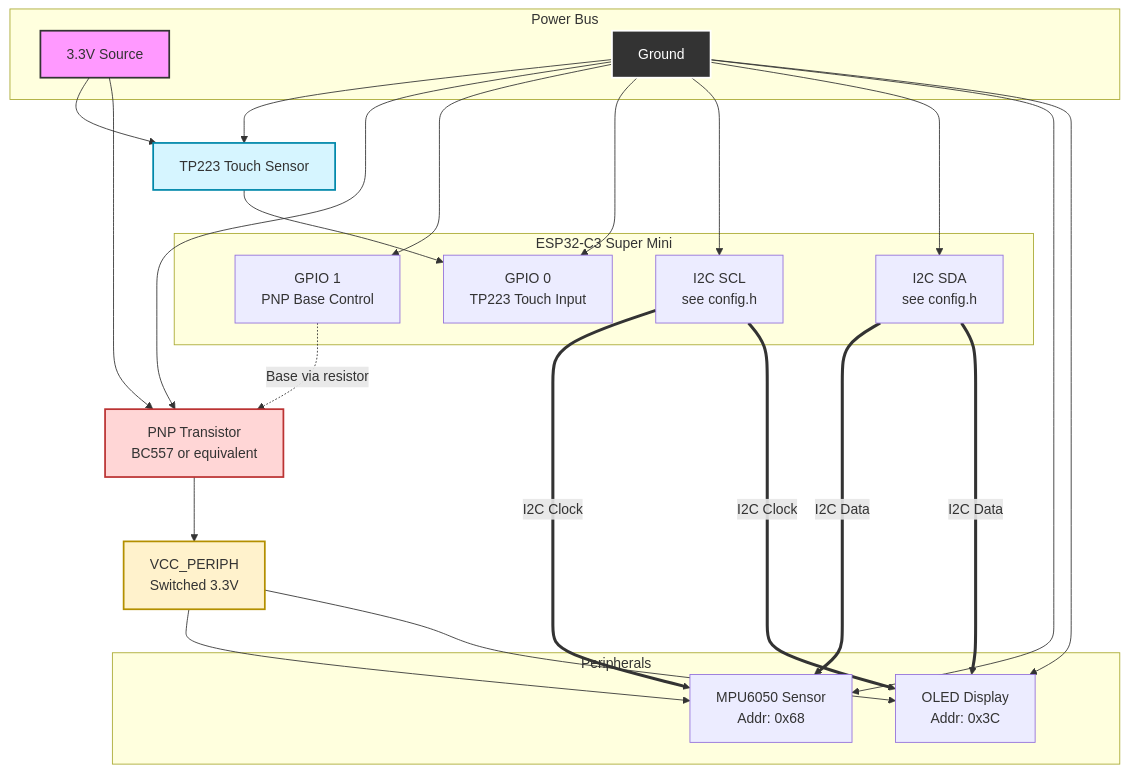
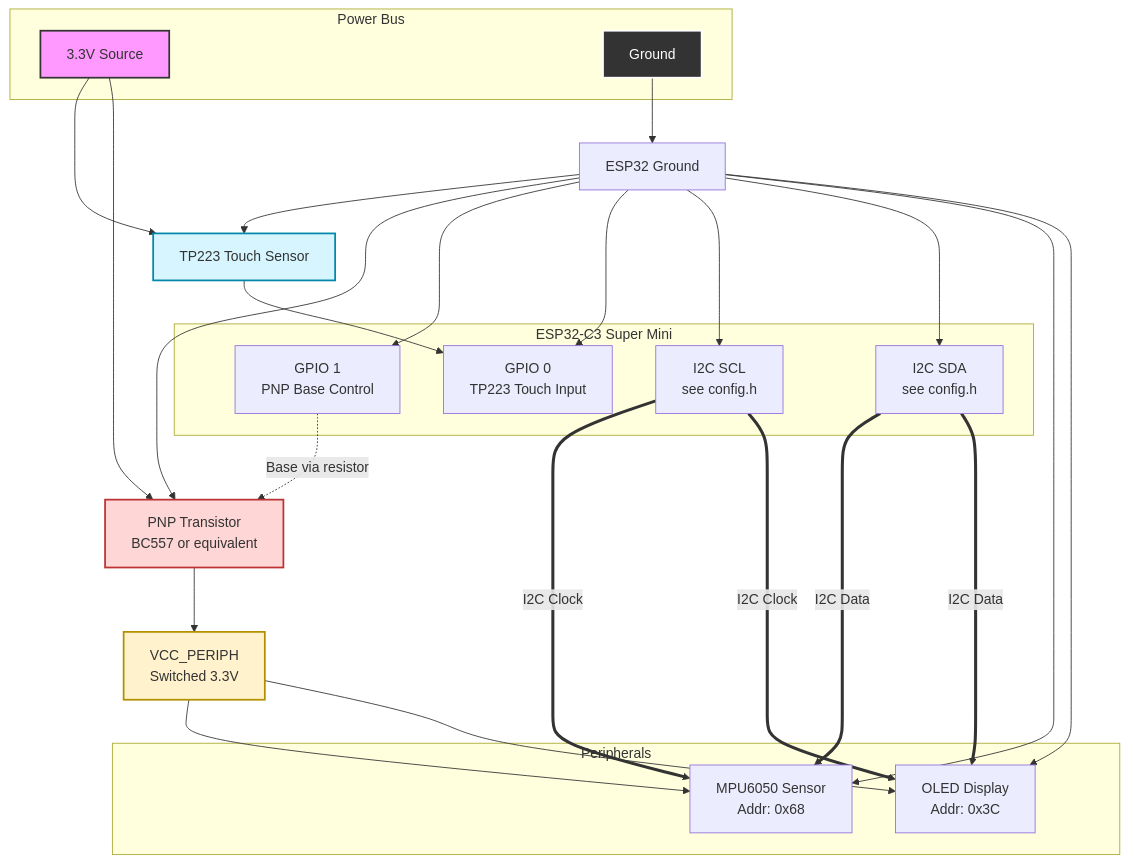
Before and after one commit to sanicxt/Leor: the first of 2 diagrams in README.md, drawn with Mermaid. The commit also changed other lines of this file, not shown here.

Commit message:
chore: update mermaid chart for the connection in the readme

````diff
--- a/README.md
+++ b/README.md
@@ -81,43 +81,46 @@
 ```mermaid
 graph TD
     subgraph Power Bus
       VCC[3.3V Source]
       GND[Ground]
     end
+
+    ESPGND[ESP32 Ground]
 
     subgraph ESP32-C3 Super Mini
       SDA[I2C SDA<br>see config.h]
       SCL[I2C SCL<br>see config.h]
       GPIO0[GPIO 0<br>TP223 Touch Input]
       GPIO1[GPIO 1<br>PNP Base Control]
     end
 
     PNP[PNP Transistor<br>BC557 or equivalent]
     VPERIPH[VCC_PERIPH<br>Switched 3.3V]
     TP223[TP223 Touch Sensor]
 
     subgraph Peripherals
       OLED[OLED Display<br>Addr: 0x3C]
       IMU[MPU6050 Sensor<br>Addr: 0x68]
     end
 
     %% Power Connections
     VCC --> PNP
     PNP --> VPERIPH
     VPERIPH --> OLED & IMU
     VCC --> TP223
-    GND --> OLED & IMU & SDA & SCL & GPIO0 & GPIO1 & PNP & TP223
+    GND --> ESPGND
+    ESPGND --> OLED & IMU & SDA & SCL & GPIO0 & GPIO1 & PNP & TP223
 
     %% Data Connections
     SDA == I2C Data ==> OLED & IMU
     SCL == I2C Clock ==> OLED & IMU
     TP223 --> GPIO0
     GPIO1 -. Base via resistor .-> PNP
 
     style VCC fill:#f9f,stroke:#333,stroke-width:2px
     style GND fill:#333,stroke:#fff,stroke-width:2px,color:#fff
     style PNP fill:#ffd6d6,stroke:#b33,stroke-width:2px
     style VPERIPH fill:#fff2cc,stroke:#b38f00,stroke-width:2px
     style TP223 fill:#d6f5ff,stroke:#0088aa,stroke-width:2px
 
 ```
````
